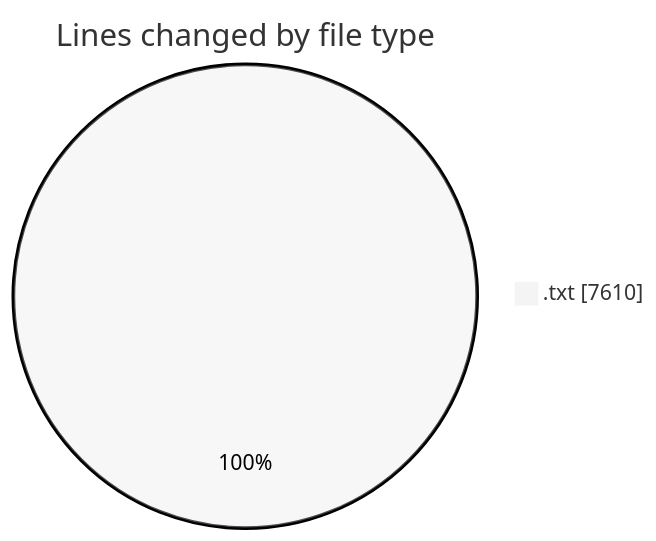
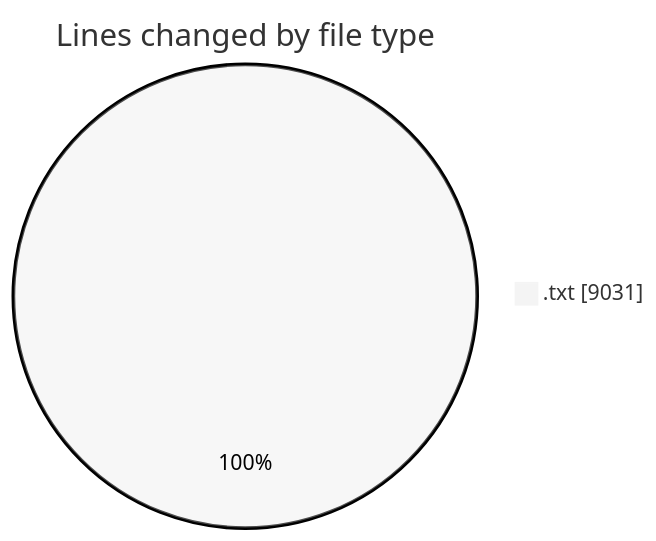
Before and after one commit to ricardozamudiocil/code-tracking: the first of 2 diagrams in 2026-11-23/informesdocpath/README.md, drawn with Mermaid (neutral theme). The commit also changed other lines of this file and 1 other file, not shown here.

````diff
--- a/2026-11-23/informesdocpath/README.md
+++ b/2026-11-23/informesdocpath/README.md
@@ -21,5 +21,5 @@
 ```mermaid
 pie showData
 title Lines changed by file type
-".txt" : 7610
+".txt" : 9031
 ```
````
